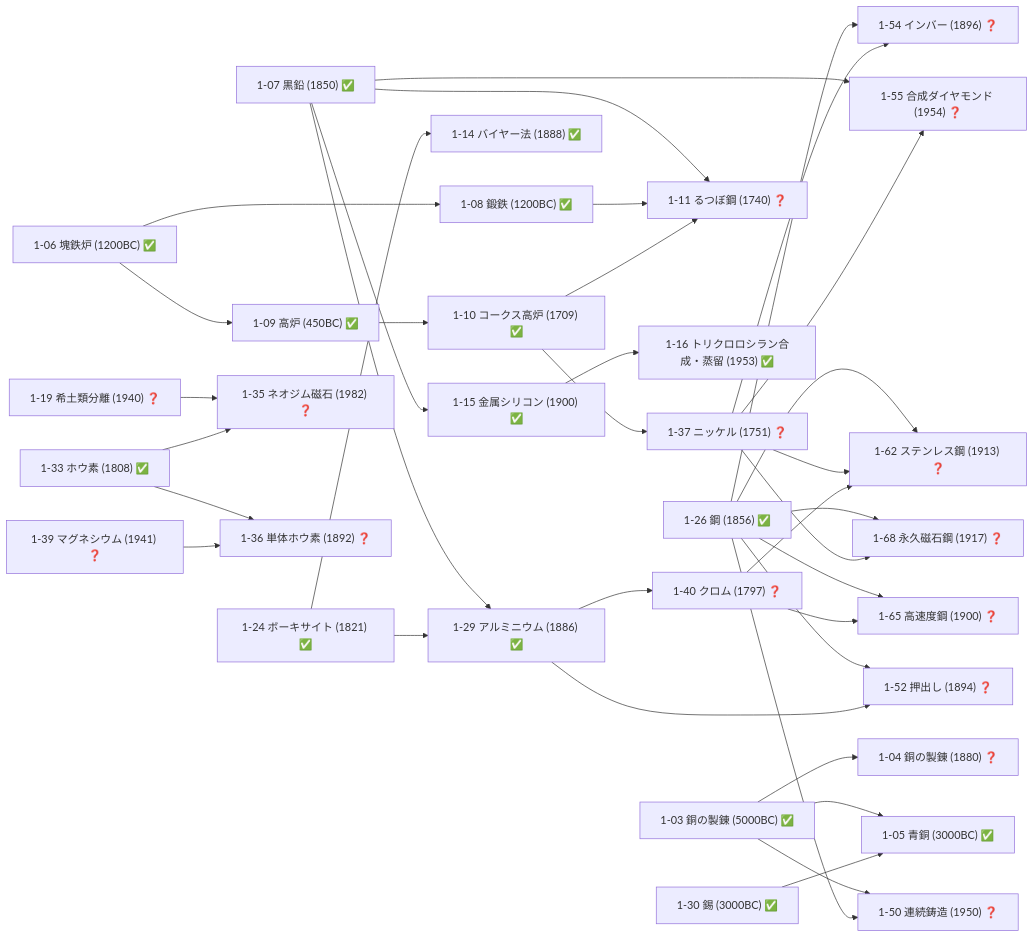
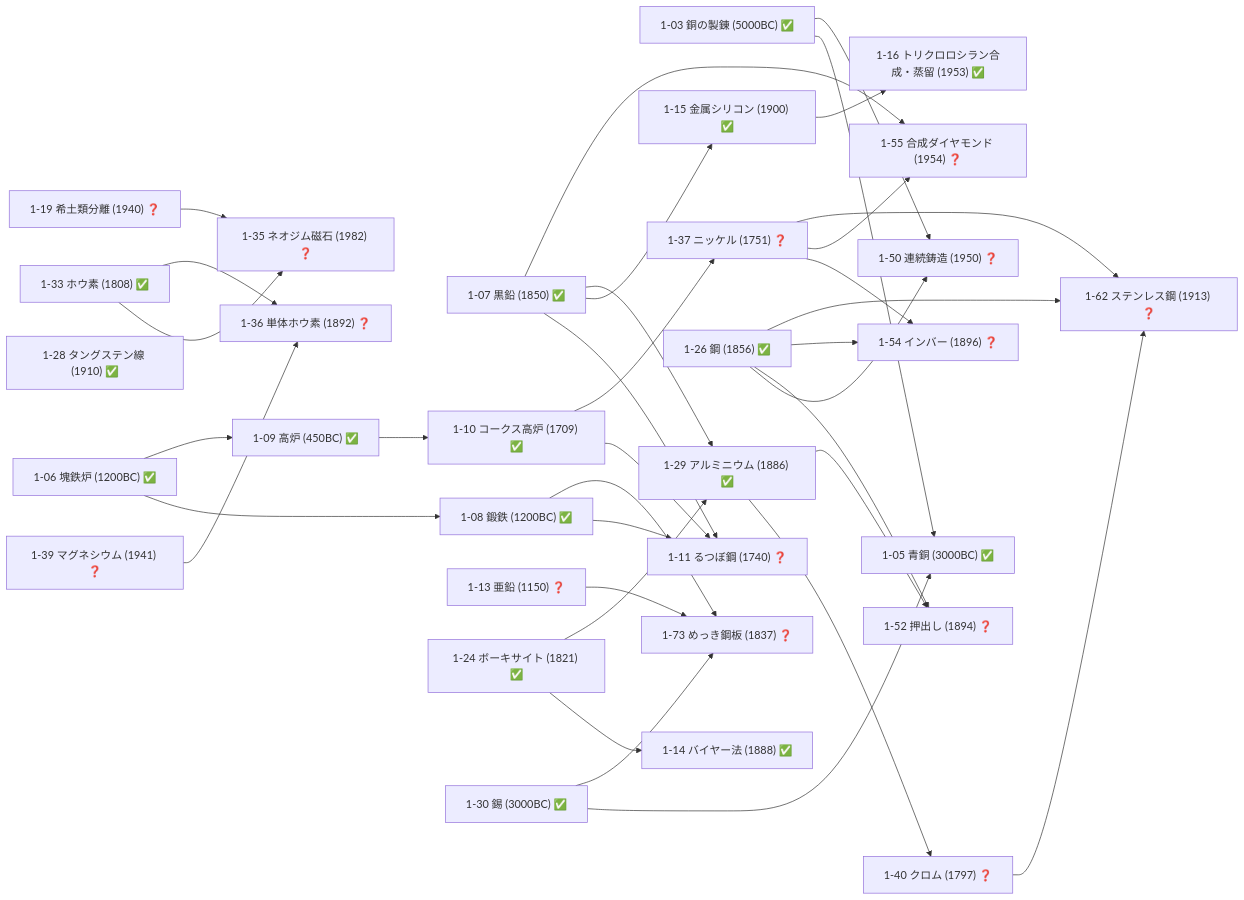
The fourth of 19 diagrams in docs/TECH_TREE_VIEW.md (taku3i0317-collab/semiconductor-lab), drawn with Mermaid before and after one commit. The commit also changed other lines of this file and 6 other files, not shown here.

Commit message:
O-012 part 4: metal candidates M-19..M-25 - tech 1-71 heat treatment and TTT diagrams, 1-72 powder metallurgy and HIP (prerequisite of 1-35), 1-73 galvanised and tin plate, 1-74 cemented carbide, 8-41 hydraulic forging press, 1-75 vacuum degassing, 1-76 direct reduced iron

````diff
--- a/docs/TECH_TREE_VIEW.md
+++ b/docs/TECH_TREE_VIEW.md
@@ -176,68 +176,66 @@
 ```mermaid
 graph LR
   n1_03["1-03 銅の製錬 (5000BC) ✅"]
-  n1_04["1-04 銅の製錬 (1880) ❓"]
   n1_05["1-05 青銅 (3000BC) ✅"]
   n1_06["1-06 塊鉄炉 (1200BC) ✅"]
   n1_07["1-07 黒鉛 (1850) ✅"]
   n1_08["1-08 鍛鉄 (1200BC) ✅"]
   n1_09["1-09 高炉 (450BC) ✅"]
   n1_10["1-10 コークス高炉 (1709) ✅"]
   n1_11["1-11 るつぼ鋼 (1740) ❓"]
+  n1_13["1-13 亜鉛 (1150) ❓"]
   n1_14["1-14 バイヤー法 (1888) ✅"]
   n1_15["1-15 金属シリコン (1900) ✅"]
   n1_16["1-16 トリクロロシラン合成・蒸留 (1953) ✅"]
   n1_19["1-19 希土類分離 (1940) ❓"]
   n1_24["1-24 ボーキサイト (1821) ✅"]
   n1_26["1-26 鋼 (1856) ✅"]
+  n1_28["1-28 タングステン線 (1910) ✅"]
   n1_29["1-29 アルミニウム (1886) ✅"]
   n1_30["1-30 錫 (3000BC) ✅"]
   n1_33["1-33 ホウ素 (1808) ✅"]
   n1_35["1-35 ネオジム磁石 (1982) ❓"]
   n1_36["1-36 単体ホウ素 (1892) ❓"]
   n1_37["1-37 ニッケル (1751) ❓"]
   n1_39["1-39 マグネシウム (1941) ❓"]
   n1_40["1-40 クロム (1797) ❓"]
   n1_50["1-50 連続鋳造 (1950) ❓"]
   n1_52["1-52 押出し (1894) ❓"]
   n1_54["1-54 インバー (1896) ❓"]
   n1_55["1-55 合成ダイヤモンド (1954) ❓"]
   n1_62["1-62 ステンレス鋼 (1913) ❓"]
-  n1_65["1-65 高速度鋼 (1900) ❓"]
-  n1_68["1-68 永久磁石鋼 (1917) ❓"]
-  n1_03-->n1_04
+  n1_73["1-73 めっき鋼板 (1837) ❓"]
   n1_03-->n1_05
   n1_30-->n1_05
   n1_06-->n1_08
   n1_06-->n1_09
   n1_09-->n1_10
   n1_07-->n1_11
   n1_08-->n1_11
   n1_10-->n1_11
   n1_24-->n1_14
   n1_07-->n1_15
   n1_15-->n1_16
   n1_07-->n1_29
   n1_24-->n1_29
   n1_19-->n1_35
   n1_33-->n1_35
   n1_33-->n1_36
   n1_39-->n1_36
   n1_10-->n1_37
   n1_29-->n1_40
   n1_03-->n1_50
   n1_26-->n1_50
   n1_26-->n1_52
   n1_29-->n1_52
   n1_26-->n1_54
   n1_37-->n1_54
   n1_07-->n1_55
   n1_37-->n1_55
   n1_26-->n1_62
   n1_37-->n1_62
   n1_40-->n1_62
-  n1_26-->n1_65
-  n1_40-->n1_65
-  n1_26-->n1_68
-  n1_37-->n1_68
+  n1_08-->n1_73
+  n1_13-->n1_73
+  n1_30-->n1_73
 ```
````
